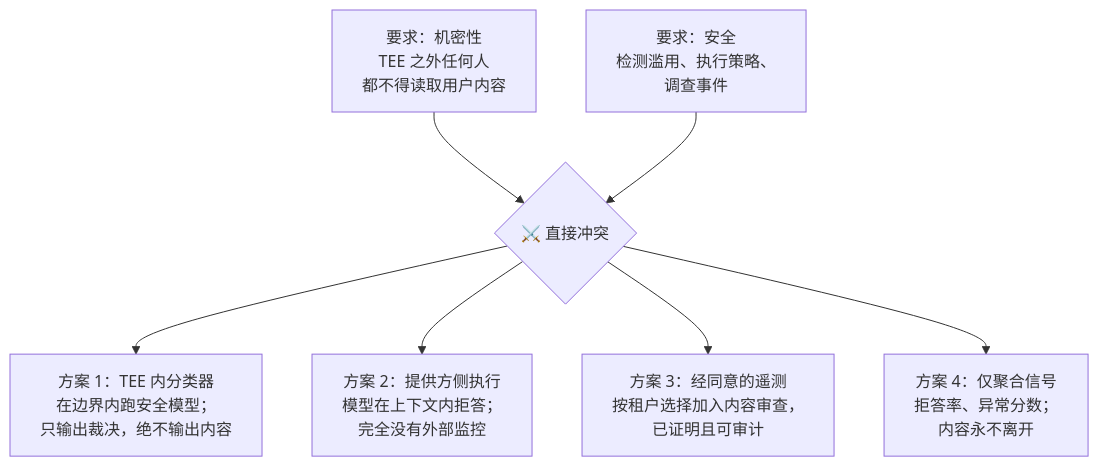
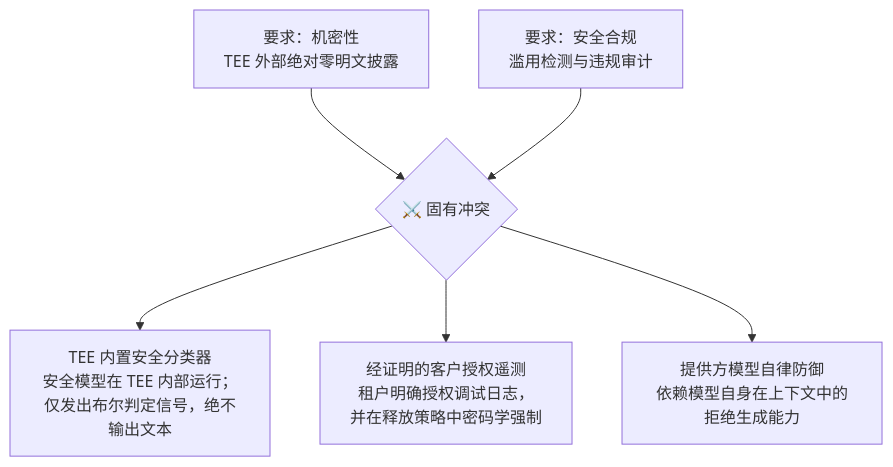
One commit to Marinette101/llm-cc-in-k8s changed the fifth of 5 diagrams in docs/zh/06_designing_confidential_llm_serving_on_gke.md. Above: the diagram before and after it, drawn with Mermaid. The commit also changed other lines of this file and 9 other files, not shown here.

Commit message:
feat: incorporate GKE Hypercluster and AI Hypercomputer architecture into confidential LLM serving docs

````diff
--- a/docs/zh/06_designing_confidential_llm_serving_on_gke.md
+++ b/docs/zh/06_designing_confidential_llm_serving_on_gke.md
@@ -348,10 +329,9 @@
 ```mermaid
 flowchart TD
-    A["要求：机密性<br>TEE 之外任何人<br>都不得读取用户内容"] --> C{"⚔️ 直接冲突"}
-    B["要求：安全<br>检测滥用、执行策略、<br>调查事件"] --> C
+    A["要求：机密性<br>TEE 外部绝对零明文披露"] --> C{"⚔️ 固有冲突"}
+    B["要求：安全合规<br>滥用检测与违规审计"] --> C
 
-    C --> D["方案 1：TEE 内分类器<br>在边界内跑安全模型；<br>只输出裁决，绝不输出内容"]
-    C --> E["方案 2：提供方侧执行<br>模型在上下文内拒答；<br>完全没有外部监控"]
-    C --> F["方案 3：经同意的遥测<br>按租户选择加入内容审查，<br>已证明且可审计"]
-    C --> G["方案 4：仅聚合信号<br>拒答率、异常分数；<br>内容永不离开"]
+    C --> D["TEE 内置安全分类器<br>安全模型在 TEE 内部运行；<br>仅发出布尔判定信号，绝不输出文本"]
+    C --> E["经证明的客户授权遥测<br>租户明确授权调试日志，<br>并在释放策略中密码学强制"]
+    C --> F["提供方模型自律防御<br>依赖模型自身在上下文中的拒绝生成能力"]
 ```
````
